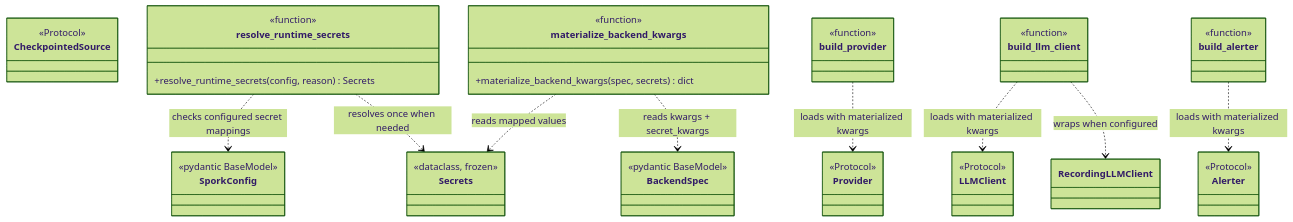
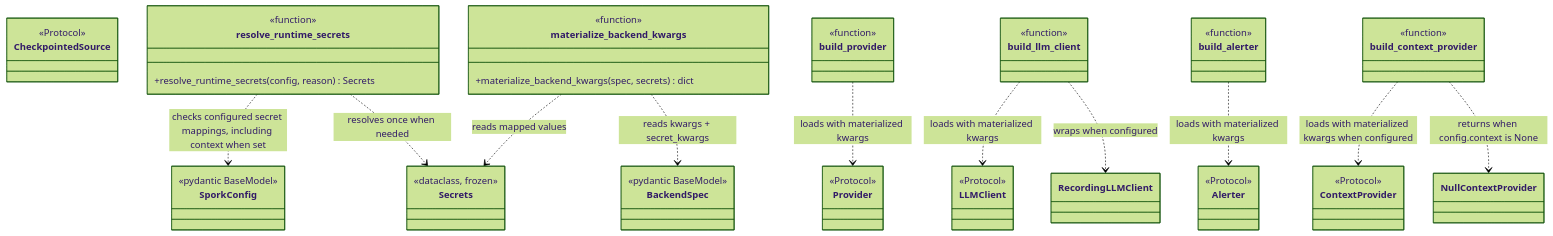
One commit to Stainless5166/friendly-octo-spork changed the fourth of 42 diagrams in docs/DESIGN.md. Above: the diagram before and after it, drawn with Mermaid (forest theme). The commit also changed other lines of this file and 2 other files, not shown here.

First line of the commit message:
docs: sync ContextProvider — read-only knowledgebase interface (item 3)

````diff
--- a/docs/DESIGN.md
+++ b/docs/DESIGN.md
@@ -696,31 +706,36 @@
 ```mermaid
 classDiagram
     class BackendSpec { <<pydantic BaseModel>> }
     class SporkConfig { <<pydantic BaseModel>> }
     class Secrets { <<dataclass, frozen>> }
     class Provider { <<Protocol>> }
     class CheckpointedSource { <<Protocol>> }
     class LLMClient { <<Protocol>> }
     class Alerter { <<Protocol>> }
+    class ContextProvider { <<Protocol>> }
+    class NullContextProvider
     class RecordingLLMClient
     class resolve_runtime_secrets {
         <<function>>
         +resolve_runtime_secrets(config, reason) Secrets
     }
     class materialize_backend_kwargs {
         <<function>>
         +materialize_backend_kwargs(spec, secrets) dict
     }
     class build_provider { <<function>> }
     class build_llm_client { <<function>> }
     class build_alerter { <<function>> }
+    class build_context_provider { <<function>> }
 
-    resolve_runtime_secrets ..> SporkConfig : checks configured secret mappings
+    resolve_runtime_secrets ..> SporkConfig : checks configured secret mappings, including context when set
     resolve_runtime_secrets ..> Secrets : resolves once when needed
     materialize_backend_kwargs ..> BackendSpec : reads kwargs + secret_kwargs
     materialize_backend_kwargs ..> Secrets : reads mapped values
     build_provider ..> Provider : loads with materialized kwargs
     build_llm_client ..> LLMClient : loads with materialized kwargs
     build_llm_client ..> RecordingLLMClient : wraps when configured
     build_alerter ..> Alerter : loads with materialized kwargs
+    build_context_provider ..> ContextProvider : loads with materialized kwargs when configured
+    build_context_provider ..> NullContextProvider : returns when config.context is None
 ```
````
